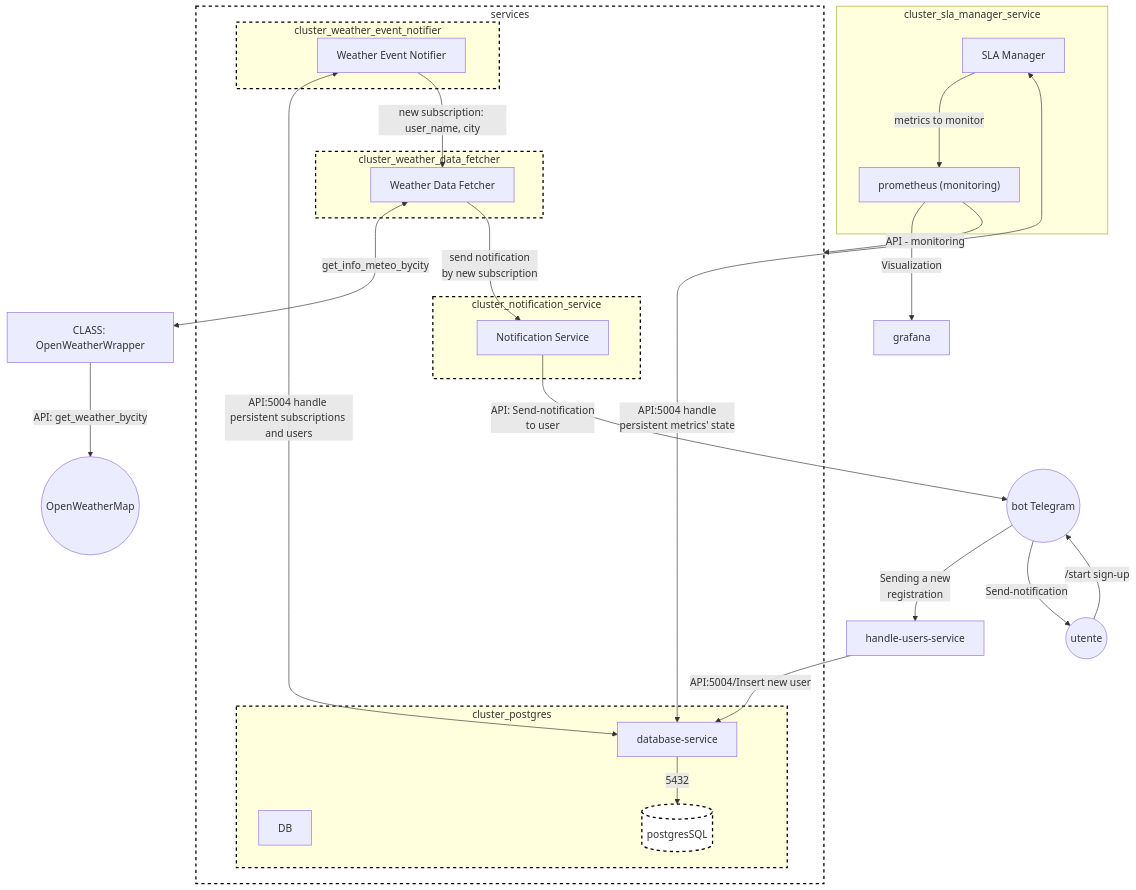
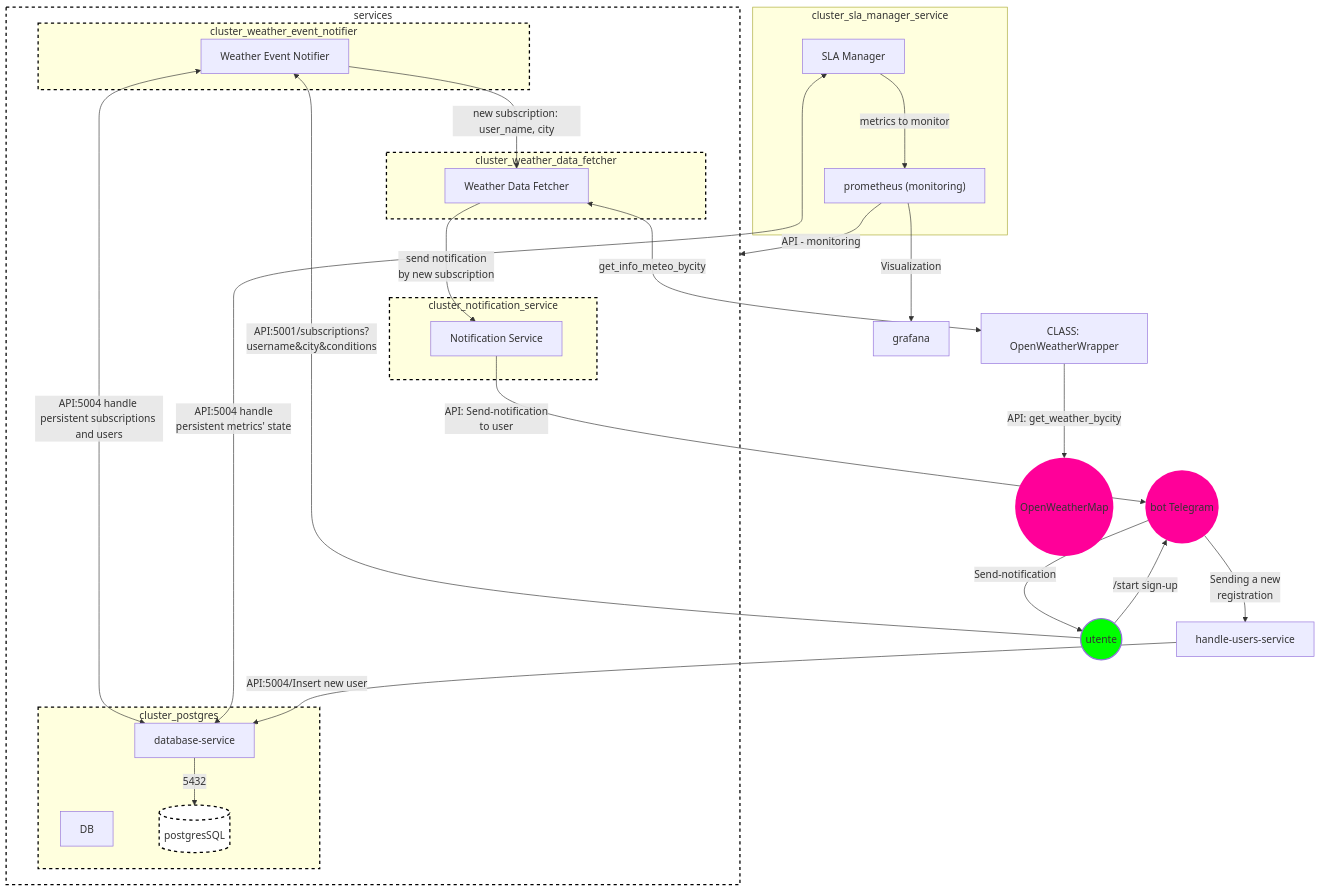
The diagram in README.md (O46001509/ProgettoDSBD_2023-2024), drawn with Mermaid before and after one commit.

Commit message:
Update README.md
Updating mermaid file.

````diff
--- a/README.md
+++ b/README.md
@@ -16,45 +16,49 @@
 ```mermaid
 graph TB
     subgraph services
         style services fill:#fff,stroke:#000,stroke-width:2px,stroke-dasharray:5
         subgraph cluster_postgres
             style cluster_postgres yellow fill:#fff,stroke:#000,stroke-width:2px,stroke-dasharray:5
             DB
             B[database-service] --> |5432| A[(postgresSQL)]
         end
 
         subgraph cluster_weather_event_notifier
             style cluster_weather_event_notifier yellow fill:#fff,stroke:#000,stroke-width:2px,stroke-dasharray:5
             C["Weather Event Notifier"] <-->|API:5004 handle persistent subscriptions \nand users| B[database-service]
         end
 
         subgraph cluster_weather_data_fetcher
             style cluster_weather_data_fetcher yellow fill:#fff,stroke:#000,stroke-width:2px,stroke-dasharray:5
             E["Weather Data Fetcher"] 
         end
 
         subgraph cluster_notification_service
             style cluster_notification_service yellow fill:#fff,stroke:#000,stroke-width:2px,stroke-dasharray:5
             D["Notification Service"]
         end
     end
 
     subgraph cluster_sla_manager_service
         M[SLA Manager] -->|metrics to monitor| H
         M <-->|API:5004 handle \npersistent metrics' state| B
     end
 
     H["prometheus (monitoring)"] --> |API - monitoring| services
     H -->|Visualization| grafana
     D --> |API: Send-notification \nto user| I((bot Telegram)) 
     I --> |Sending a new\nregistration| L[handle-users-service]
     L --> |API:5004/Insert new user| B
     E <-->|get_info_meteo_bycity| N[CLASS: OpenWeatherWrapper] -->|API: get_weather_bycity| O((OpenWeatherMap))
     C -->|new subscription: user_name, city| E
     E -->|send notification \nby new subscription| D 
 
     style A fill:#fff,stroke:#000,stroke-width:2px,stroke-dasharray:5
 
     user1((utente)) -->|/start sign-up| I
-    I --> |Send-notification| user1
+    I --> |Send-notification| user1 -->|API:5001/subscriptions?username&city&conditions| C
+
+    style user1 fill:#0f0,stroke-width:2px,stroke-dasharray:0
+    style I fill:#f09,stroke-width:0px
+    style O fill:#f09,stroke-width:0px
 ```
````
